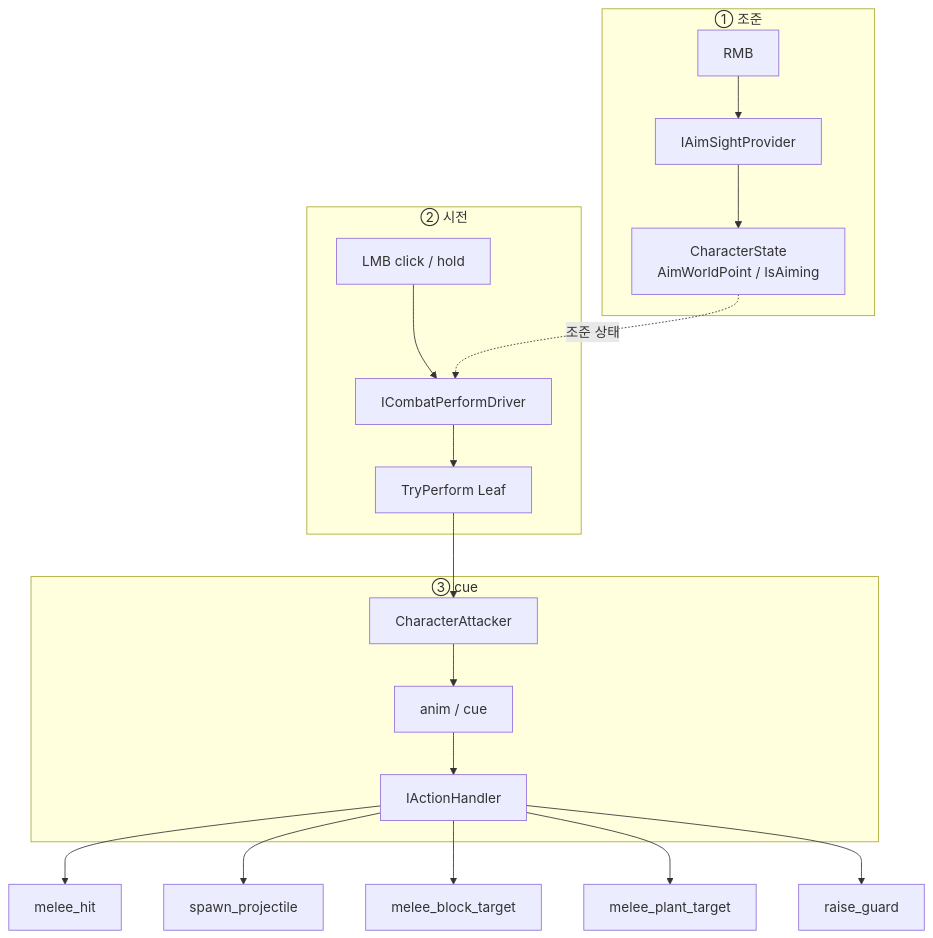
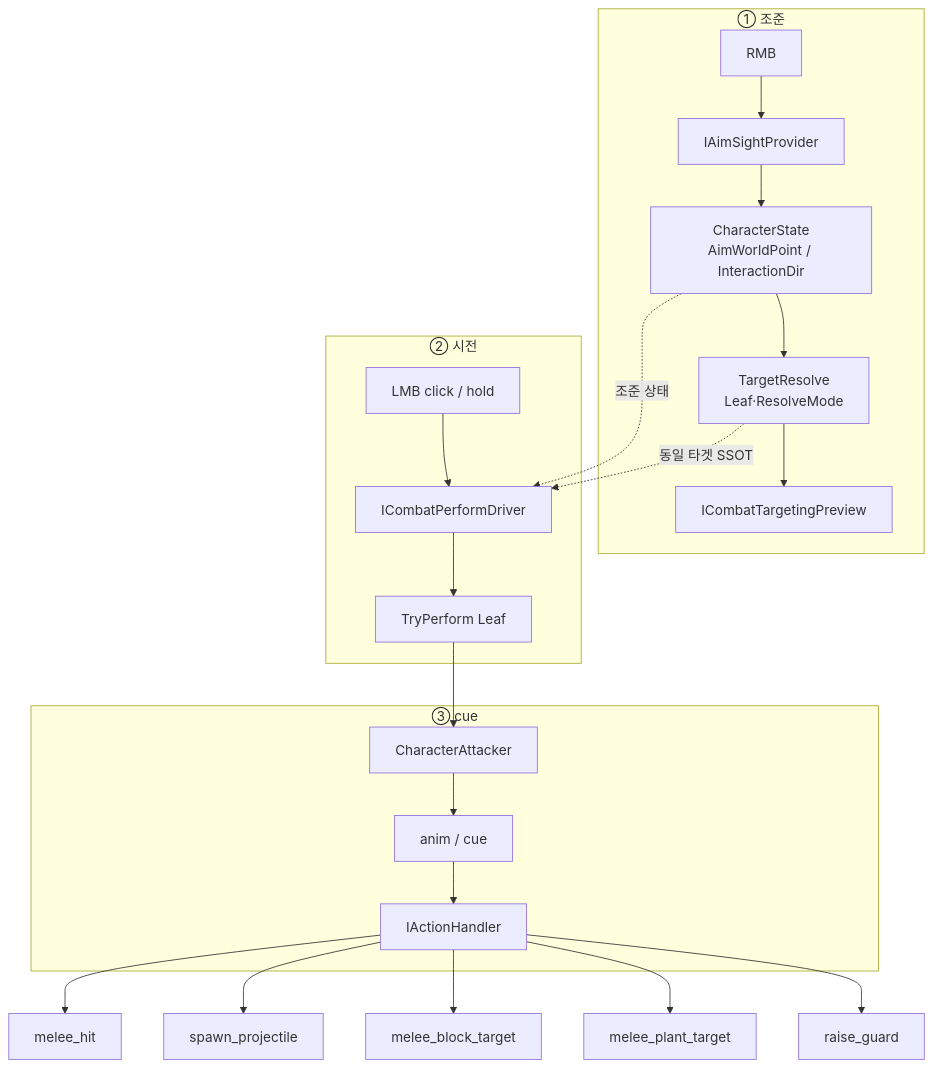
Before and after one commit to garunnir/Project_Alpha: the first of 4 diagrams in docs/equipment/COMBAT_PIPELINE.md, drawn with Mermaid. The commit also changed other lines of this file and 13 other files, not shown here.

````diff
--- a/docs/equipment/COMBAT_PIPELINE.md
+++ b/docs/equipment/COMBAT_PIPELINE.md
@@ -9,25 +9,28 @@
 ```mermaid
 flowchart TB
   subgraph L1["① 조준"]
-    RMB[RMB] --> Aim[IAimSightProvider]
-    Aim --> CS[CharacterState<br/>AimWorldPoint / IsAiming]
+    RMB[RMB] --> Sight[IAimSightProvider]
+    Sight --> CS[CharacterState<br/>AimWorldPoint / InteractionDir]
+    CS --> Resolve[TargetResolve<br/>Leaf·ResolveMode]
+    Resolve --> Preview[ICombatTargetingPreview]
   end
 
   subgraph L2["② 시전"]
     LMB[LMB click / hold] --> Drv[ICombatPerformDriver]
     CS -.->|조준 상태| Drv
+    Resolve -.->|동일 타겟 SSOT| Drv
     Drv --> TP[TryPerform Leaf]
   end
 
   subgraph L3["③ cue"]
     TP --> Att[CharacterAttacker]
     Att --> Cue[anim / cue]
     Cue --> H[IActionHandler]
   end
 
   H --> Hit[melee_hit]
   H --> Proj[spawn_projectile]
   H --> Dig[melee_block_target]
   H --> Chop[melee_plant_target]
   H --> Guard[raise_guard]
 ```
````
